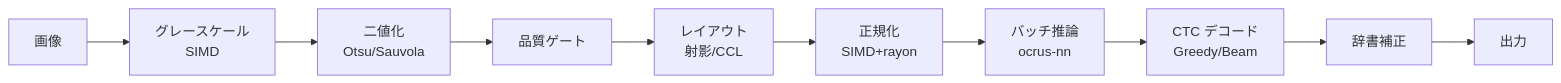
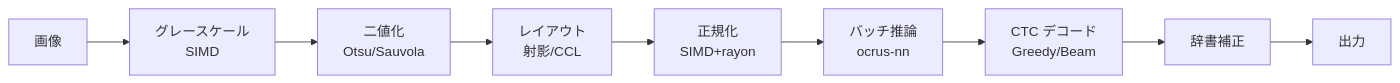
The diagram in docs/architecture.ja.md (owayo/ocrus), drawn with Mermaid before and after one commit. The commit also changed other lines of this file and 14 other files, not shown here.

````diff
--- a/docs/architecture.ja.md
+++ b/docs/architecture.ja.md
@@ -3,12 +3,11 @@
 ```mermaid
 flowchart LR
     A[画像] --> B[グレースケール<br/>SIMD]
     B --> C[二値化<br/>Otsu/Sauvola]
-    C --> D[品質ゲート]
-    D --> E[レイアウト<br/>射影/CCL]
+    C --> E[レイアウト<br/>射影/CCL]
     E --> F[正規化<br/>SIMD+rayon]
     F --> G[バッチ推論<br/>ocrus-nn]
     G --> H[CTC デコード<br/>Greedy/Beam]
     H --> I[辞書補正]
     I --> J[出力]
 ```
````
